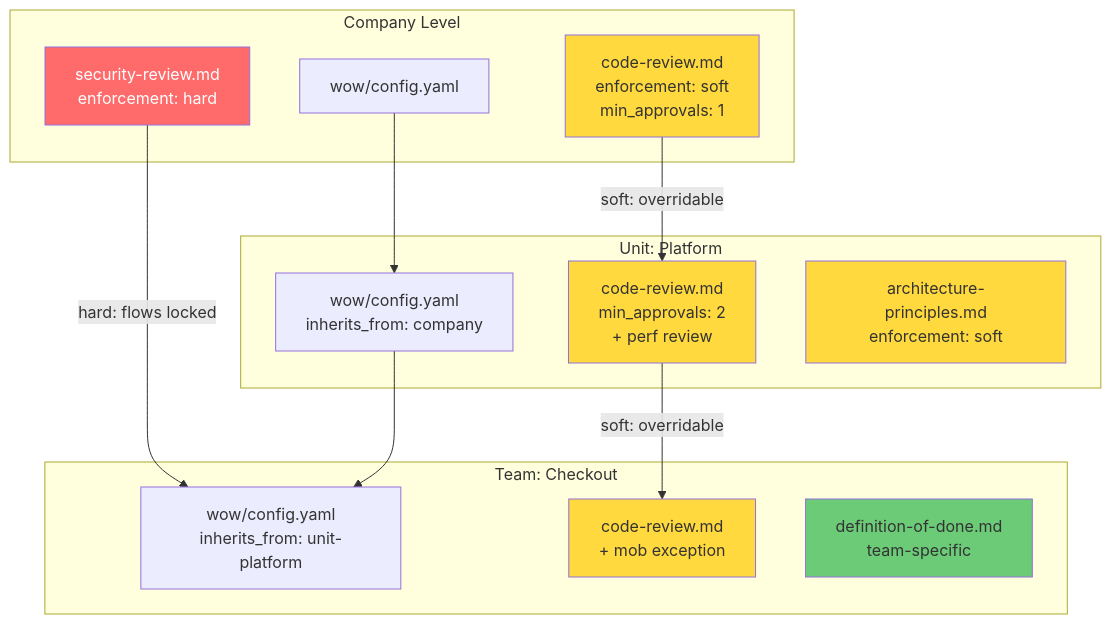
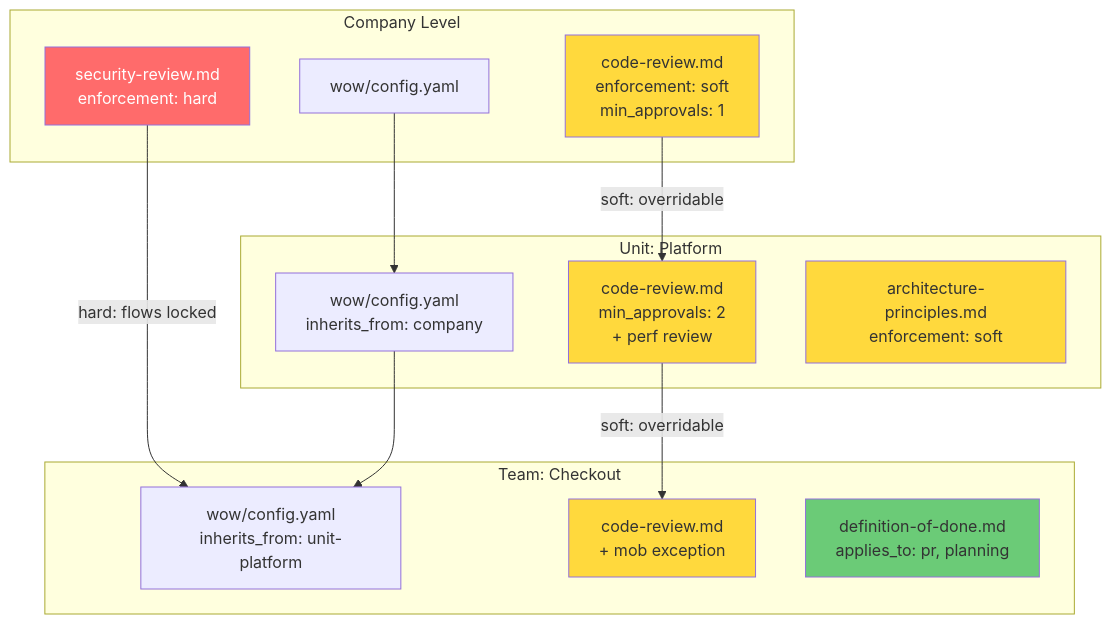
One commit to goncalovalverde/wow-as-code changed the diagram in docs/diagrams/inheritance.mmd. Above: the diagram before and after it, drawn with Mermaid. The commit also changed 3 other files, not shown here.

First line of the commit message:
docs: update diagrams for planning and onboarding triggers

````diff
--- a/docs/diagrams/inheritance.mmd
+++ b/docs/diagrams/inheritance.mmd
@@ -1,33 +1,33 @@
 ```mermaid
 graph TD
     subgraph "Company Level"
         A[wow/config.yaml]
         B[security-review.md<br/>enforcement: hard]
         C[code-review.md<br/>enforcement: soft<br/>min_approvals: 1]
     end
 
     subgraph "Unit: Platform"
         D[wow/config.yaml<br/>inherits_from: company]
         E[code-review.md<br/>min_approvals: 2<br/>+ perf review]
         F[architecture-principles.md<br/>enforcement: soft]
     end
 
     subgraph "Team: Checkout"
         G[wow/config.yaml<br/>inherits_from: unit-platform]
         H[code-review.md<br/>+ mob exception]
-        I[definition-of-done.md<br/>team-specific]
+        I[definition-of-done.md<br/>applies_to: pr, planning]
     end
 
     A --> D
     D --> G
     B -->|hard: flows locked| G
     C -->|soft: overridable| E
     E -->|soft: overridable| H
 
     style B fill:#ff6b6b,color:#fff
     style C fill:#ffd93d
     style E fill:#ffd93d
     style F fill:#ffd93d
     style H fill:#ffd93d
     style I fill:#6bcb77
 ```
````
